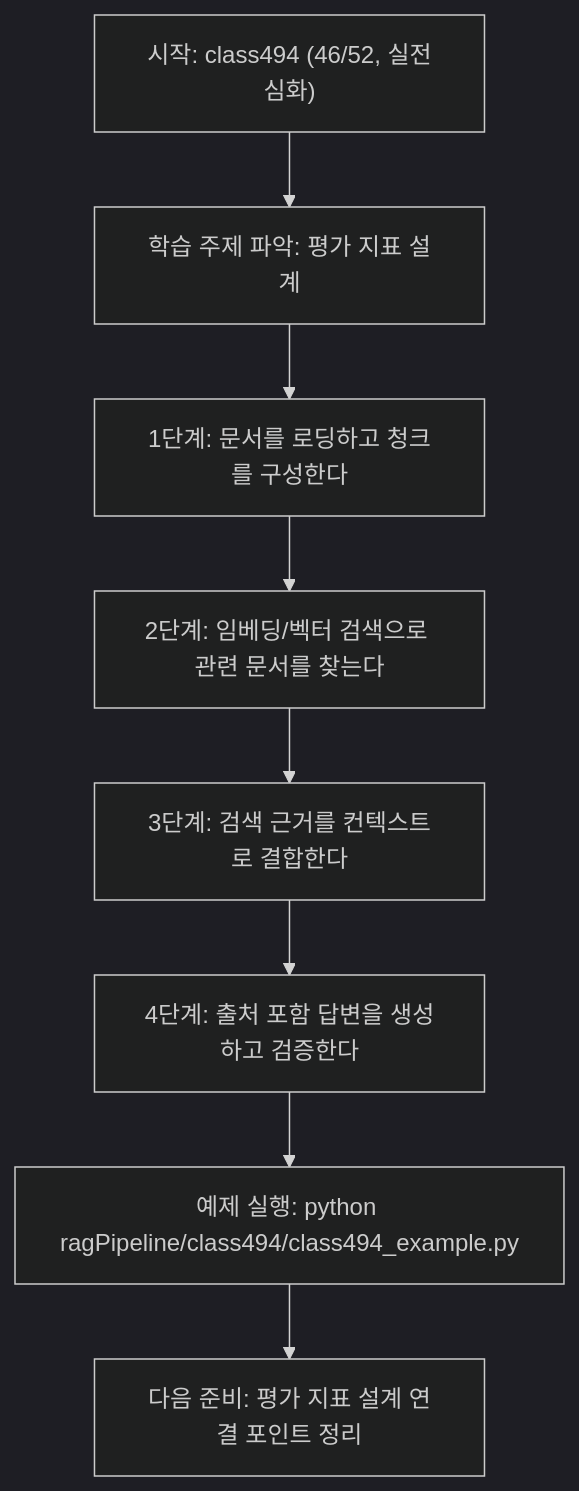
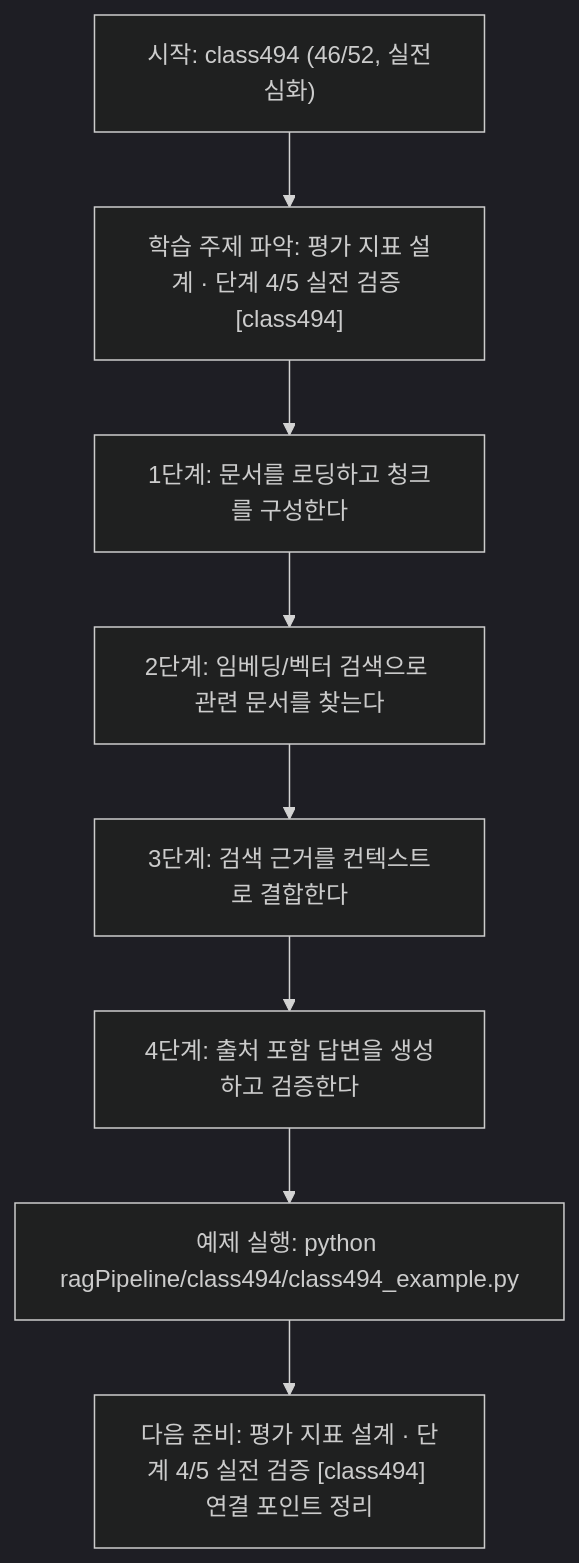
The diagram in ragPipeline/class494/class494.md (edumgt/Python-AI_Agent-Class), drawn with Mermaid (dark theme) before and after one commit. The commit also changed other lines of this file and 522 other files, not shown here.

````diff
--- a/ragPipeline/class494/class494.md
+++ b/ragPipeline/class494/class494.md
@@ -110,18 +111,18 @@
 ```mermaid
 flowchart TD
 N1["시작: class494 (46/52, 실전심화)"]
-N2["학습 주제 파악: 평가 지표 설계"]
+N2["학습 주제 파악: 평가 지표 설계 · 단계 4/5 실전 검증 [class494]"]
 N3["1단계: 문서를 로딩하고 청크를 구성한다"]
 N4["2단계: 임베딩/벡터 검색으로 관련 문서를 찾는다"]
 N5["3단계: 검색 근거를 컨텍스트로 결합한다"]
 N6["4단계: 출처 포함 답변을 생성하고 검증한다"]
 N7["예제 실행: python ragPipeline/class494/class494_example.py"]
-N8["다음 준비: 평가 지표 설계 연결 포인트 정리"]
+N8["다음 준비: 평가 지표 설계 · 단계 4/5 실전 검증 [class494] 연결 포인트 정리"]
 N1 --> N2
 N2 --> N3
 N3 --> N4
 N4 --> N5
 N5 --> N6
 N6 --> N7
 N7 --> N8
 ```
````
